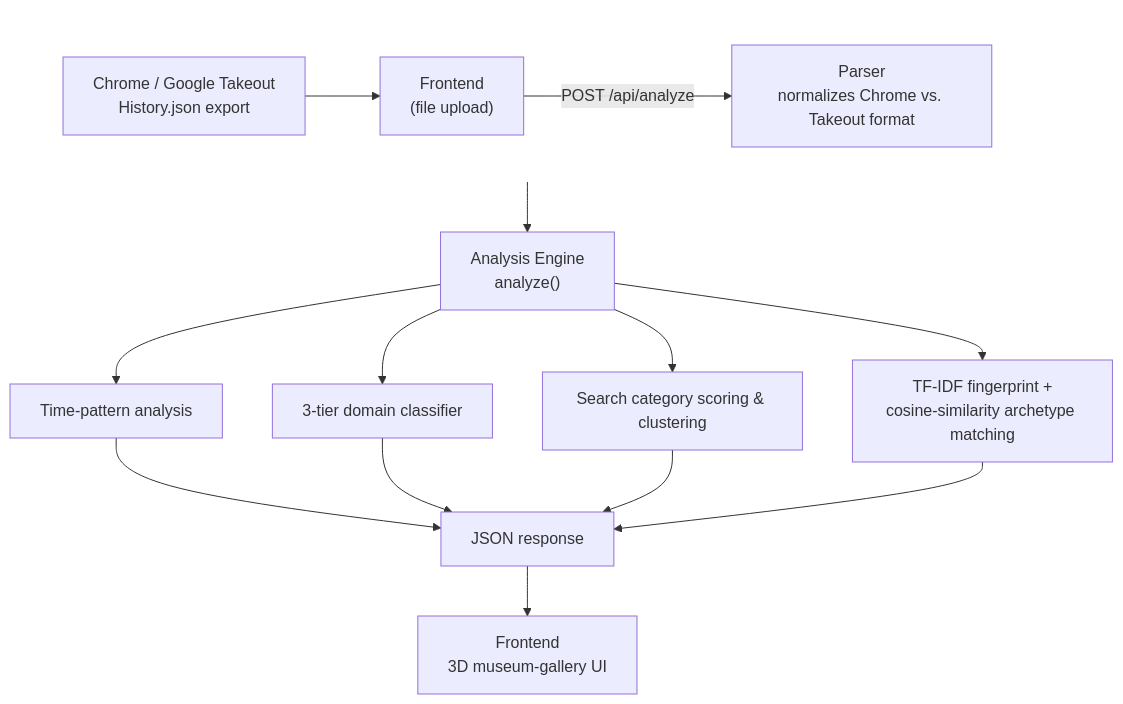
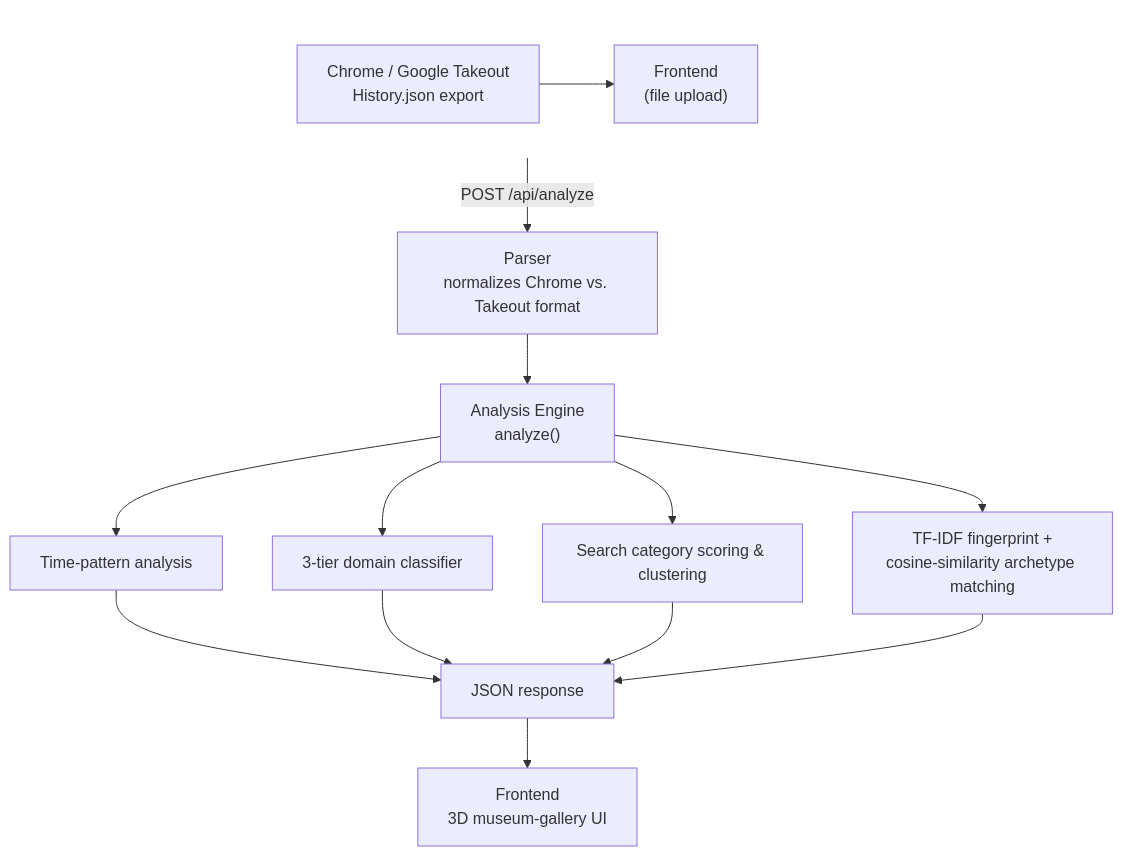
One commit to Divya-K2517/SearchWrapped changed the diagram in README.md. Above: the diagram before and after it, drawn with Mermaid.

````diff
--- a/README.md
+++ b/README.md
@@ -34,24 +34,25 @@
 ```mermaid
 graph TD
     subgraph Input[" "]
         direction LR
         A["Chrome / Google Takeout<br/>History.json export"] --> B["Frontend<br/>(file upload)"]
-        B -->|"POST /api/analyze"| C["Parser<br/>normalizes Chrome vs. Takeout format"]
     end
  
+    B -->|"POST /api/analyze"| C["Parser<br/>normalizes Chrome vs. Takeout format"]
     C --> D["Analysis Engine<br/>analyze()"]
  
     D --> D1["Time-pattern analysis"]
     D --> D2["3-tier domain classifier"]
     D --> D3["Search category scoring & clustering"]
     D --> D4["TF-IDF fingerprint +<br/>cosine-similarity archetype matching"]
  
     D1 --> E["JSON response"]
     D2 --> E
     D3 --> E
     D4 --> E
  
     E --> F["Frontend<br/>3D museum-gallery UI"]
-
-    style Input fill:none,stroke:none
+ 
+    classDef transparent fill:none,stroke:none;
+    class Input transparent
 ```
````
